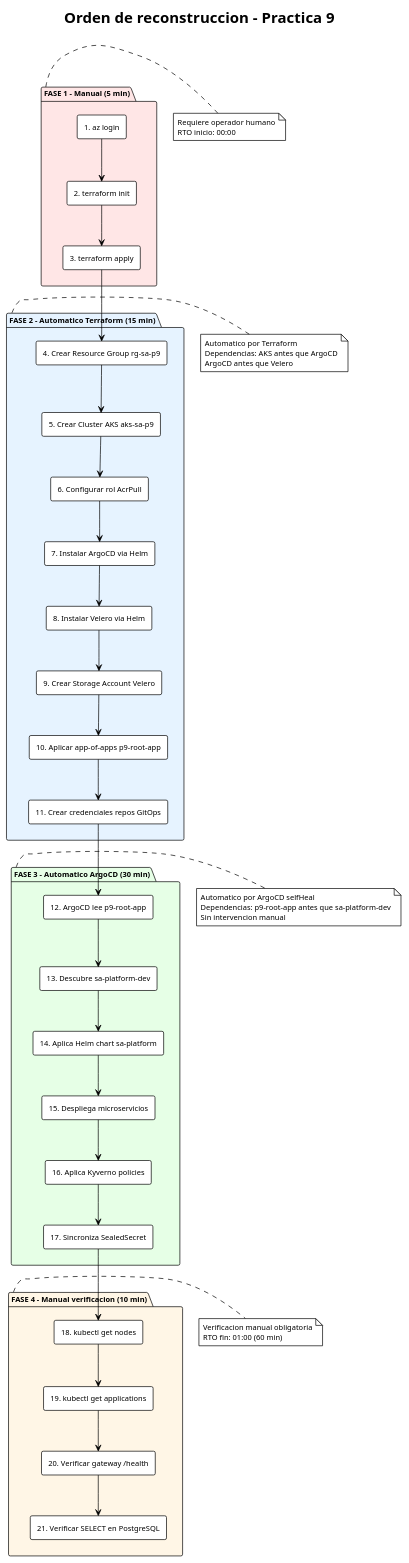
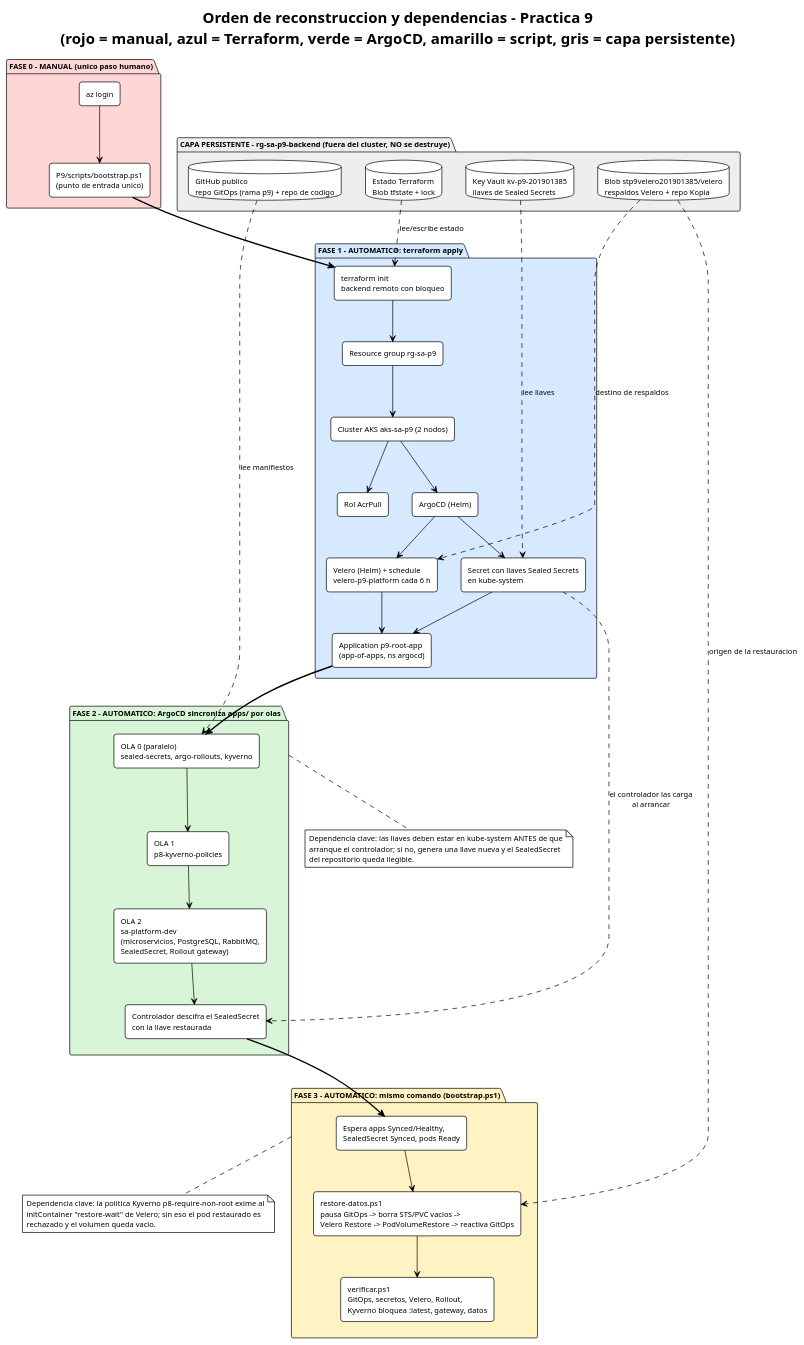
The diagram in P9/docs/diagrama-bootstrap.puml (BillyDread1531/Practicas-SA-B-201901385), drawn with PlantUML before and after one commit. The commit also changed 30 other files, not shown here.

First line of the commit message:
feat(p9): persistent layer, automated bootstrap, data restore and evidence scripts

```diff
--- a/P9/docs/diagrama-bootstrap.puml
+++ b/P9/docs/diagrama-bootstrap.puml
@@ -1,85 +1,83 @@
 @startuml
 !theme plain
-title Orden de reconstruccion - Practica 9
-
+title Orden de reconstruccion y dependencias - Practica 9\n(rojo = manual, azul = Terraform, verde = ArgoCD, amarillo = script, gris = capa persistente)
 skinparam backgroundColor #FFFFFF
 skinparam defaultFontName Arial
 skinparam defaultFontSize 11
-
-package "FASE 1 - Manual (5 min)" as fase1 #FFE6E6 {
-  rectangle "1. az login" as step1
-  rectangle "2. terraform init" as step2
-  rectangle "3. terraform apply" as step3
+skinparam rectangle {
+  RoundCorner 8
 }
 
-package "FASE 2 - Automatico Terraform (15 min)" as fase2 #E6F3FF {
-  rectangle "4. Crear Resource Group rg-sa-p9" as step4
-  rectangle "5. Crear Cluster AKS aks-sa-p9" as step5
-  rectangle "6. Configurar rol AcrPull" as step6
-  rectangle "7. Instalar ArgoCD via Helm" as step7
-  rectangle "8. Instalar Velero via Helm" as step8
-  rectangle "9. Crear Storage Account Velero" as step9
-  rectangle "10. Aplicar app-of-apps p9-root-app" as step10
-  rectangle "11. Crear credenciales repos GitOps" as step11
+package "CAPA PERSISTENTE - rg-sa-p9-backend (fuera del cluster, NO se destruye)" as P #EEEEEE {
+  database "Estado Terraform\nBlob tfstate + lock" as TFSTATE
+  database "Blob stp9velero201901385/velero\nrespaldos Velero + repo Kopia" as BLOB
+  database "Key Vault kv-p9-201901385\nllaves de Sealed Secrets" as KV
+  database "GitHub publico\nrepo GitOps (rama p9) + repo de codigo" as GIT
 }
 
-package "FASE 3 - Automatico ArgoCD (30 min)" as fase3 #E6FFE6 {
-  rectangle "12. ArgoCD lee p9-root-app" as step12
-  rectangle "13. Descubre sa-platform-dev" as step13
-  rectangle "14. Aplica Helm chart sa-platform" as step14
-  rectangle "15. Despliega microservicios" as step15
-  rectangle "16. Aplica Kyverno policies" as step16
-  rectangle "17. Sincroniza SealedSecret" as step17
+package "FASE 0 - MANUAL (unico paso humano)" as F0 #FFD6D6 {
+  rectangle "az login" as LOGIN
+  rectangle "P9/scripts/bootstrap.ps1\n(punto de entrada unico)" as RUN
 }
 
-package "FASE 4 - Manual verificacion (10 min)" as fase4 #FFF6E6 {
-  rectangle "18. kubectl get nodes" as step18
-  rectangle "19. kubectl get applications" as step19
-  rectangle "20. Verificar gateway /health" as step20
-  rectangle "21. Verificar SELECT en PostgreSQL" as step21
+package "FASE 1 - AUTOMATICO: terraform apply" as F1 #D6E9FF {
+  rectangle "terraform init\nbackend remoto con bloqueo" as INIT
+  rectangle "Resource group rg-sa-p9" as RG
+  rectangle "Cluster AKS aks-sa-p9 (2 nodos)" as AKS
+  rectangle "Rol AcrPull" as ACR
+  rectangle "ArgoCD (Helm)" as ARGO
+  rectangle "Secret con llaves Sealed Secrets\nen kube-system" as KEYS
+  rectangle "Velero (Helm) + schedule\nvelero-p9-platform cada 6 h" as VEL
+  rectangle "Application p9-root-app\n(app-of-apps, ns argocd)" as ROOT
 }
 
-step1 --> step2
-step2 --> step3
-step3 --> step4
-step4 --> step5
-step5 --> step6
-step6 --> step7
-step7 --> step8
-step8 --> step9
-step9 --> step10
-step10 --> step11
-step11 --> step12
-step12 --> step13
-step13 --> step14
-step14 --> step15
-step15 --> step16
-step16 --> step17
-step17 --> step18
-step18 --> step19
-step19 --> step20
-step20 --> step21
+package "FASE 2 - AUTOMATICO: ArgoCD sincroniza apps/ por olas" as F2 #D8F5D8 {
+  rectangle "OLA 0 (paralelo)\nsealed-secrets, argo-rollouts, kyverno" as W0
+  rectangle "OLA 1\np8-kyverno-policies" as W1
+  rectangle "OLA 2\nsa-platform-dev\n(microservicios, PostgreSQL, RabbitMQ,\nSealedSecret, Rollout gateway)" as W2
+  rectangle "Controlador descifra el SealedSecret\ncon la llave restaurada" as DEC
+}
 
-note right of fase1
-  Requiere operador humano
-  RTO inicio: 00:00
+package "FASE 3 - AUTOMATICO: mismo comando (bootstrap.ps1)" as F3 #FFF3C4 {
+  rectangle "Espera apps Synced/Healthy,\nSealedSecret Synced, pods Ready" as WAIT
+  rectangle "restore-datos.ps1\npausa GitOps -> borra STS/PVC vacios ->\nVelero Restore -> PodVolumeRestore -> reactiva GitOps" as RST
+  rectangle "verificar.ps1\nGitOps, secretos, Velero, Rollout,\nKyverno bloquea :latest, gateway, datos" as VER
+}
+
+LOGIN --> RUN
+RUN ==> INIT
+INIT --> RG
+RG --> AKS
+AKS --> ACR
+AKS --> ARGO
+ARGO --> KEYS
+ARGO --> VEL
+KEYS --> ROOT
+VEL --> ROOT
+ROOT ==> W0
+W0 --> W1
+W1 --> W2
+W2 --> DEC
+DEC ==> WAIT
+WAIT --> RST
+RST --> VER
+
+TFSTATE ..> INIT : lee/escribe estado
+KV ..> KEYS : lee llaves
+BLOB ..> VEL : destino de respaldos
+BLOB ..> RST : origen de la restauracion
+GIT ..> W0 : lee manifiestos
+KEYS ..> DEC : el controlador las carga\nal arrancar
+
+note bottom of F2
+  Dependencia clave: las llaves deben estar en kube-system ANTES de que
+  arranque el controlador; si no, genera una llave nueva y el SealedSecret
+  del repositorio queda ilegible.
 end note
 
-note right of fase2
-  Automatico por Terraform
-  Dependencias: AKS antes que ArgoCD
-  ArgoCD antes que Velero
+note bottom of F3
+  Dependencia clave: la politica Kyverno p8-require-non-root exime al
+  initContainer "restore-wait" de Velero; sin eso el pod restaurado es
+  rechazado y el volumen queda vacio.
 end note
-
-note right of fase3
-  Automatico por ArgoCD selfHeal
-  Dependencias: p9-root-app antes que sa-platform-dev
-  Sin intervencion manual
-end note
-
-note right of fase4
-  Verificacion manual obligatoria
-  RTO fin: 01:00 (60 min)
-end note
-
 @enduml
```
